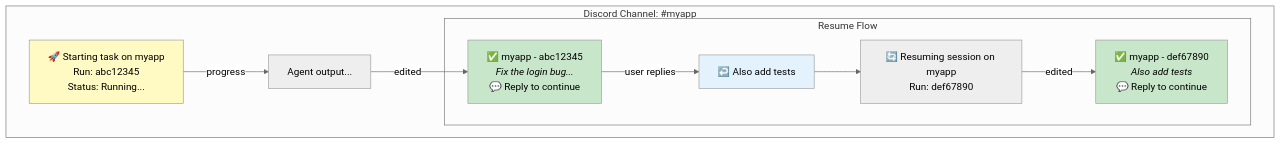
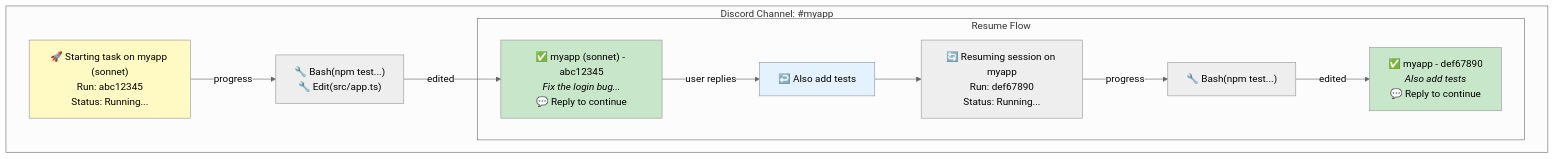
One commit to carrotly-ai/gluon-agent changed the second of 3 diagrams in docs/DISCORD-BOT.md. Above: the diagram before and after it, drawn with Mermaid (neutral theme). The commit also changed other lines of this file and 7 other files, not shown here.

````diff
--- a/docs/DISCORD-BOT.md
+++ b/docs/DISCORD-BOT.md
@@ -148,19 +196,20 @@
 ```mermaid
 flowchart TD
     subgraph "Discord Channel: #myapp"
-        MSG1["🚀 Starting task on myapp<br/>Run: abc12345<br/>Status: Running..."]
-        MSG1 -->|progress| P1["Agent output..."]
-        P1 -->|edited| MSG2["✅ myapp - abc12345<br/><i>Fix the login bug...</i><br/>💬 Reply to continue"]
+        MSG1["🚀 Starting task on myapp (sonnet)<br/>Run: abc12345<br/>Status: Running..."]
+        MSG1 -->|progress| P1["🔧 Bash(npm test...)<br/>🔧 Edit(src/app.ts)"]
+        P1 -->|edited| MSG2["✅ myapp (sonnet) - abc12345<br/><i>Fix the login bug...</i><br/>💬 Reply to continue"]
 
         subgraph "Resume Flow"
             MSG2 -->|user replies| REPLY["↩️ Also add tests"]
-            REPLY --> MSG3["🔄 Resuming session on myapp<br/>Run: def67890"]
-            MSG3 -->|edited| MSG4["✅ myapp - def67890<br/><i>Also add tests</i><br/>💬 Reply to continue"]
+            REPLY --> MSG3["🔄 Resuming session on myapp<br/>Run: def67890<br/>Status: Running..."]
+            MSG3 -->|progress| P2["🔧 Bash(npm test...)"]
+            P2 -->|edited| MSG4["✅ myapp - def67890<br/><i>Also add tests</i><br/>💬 Reply to continue"]
         end
     end
 
     style MSG1 fill:#fff9c4
     style MSG2 fill:#c8e6c9
     style MSG4 fill:#c8e6c9
     style REPLY fill:#e3f2fd
 ```
````
